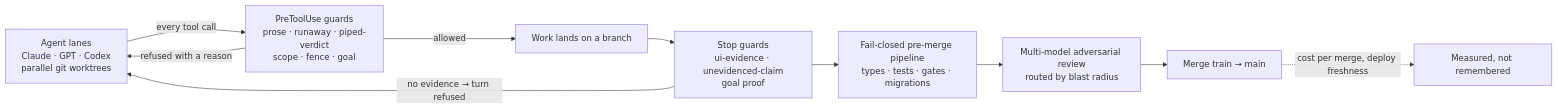
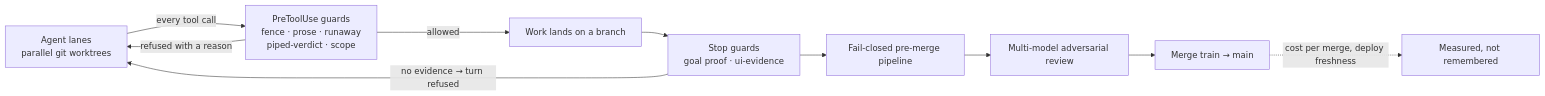
Before and after one commit to bram-wq/agent-guardrails: the diagram in README.md, drawn with Mermaid. The commit also changed other lines of this file and 38 other files, not shown here.

First line of the commit message:
v0.2.0: fence-guard, CLI uninstall/try/new, every hook hardened against the adversarial probe

````diff
--- a/README.md
+++ b/README.md
@@ -90,12 +113,12 @@
 ```mermaid
 flowchart LR
-  A[Agent lanes<br/>Claude · GPT · Codex<br/>parallel git worktrees] -->|every tool call| G[PreToolUse guards<br/>prose · runaway · piped-verdict<br/>scope · fence · goal]
+  A[Agent lanes<br/>parallel git worktrees] -->|every tool call| G[PreToolUse guards<br/>fence · prose · runaway<br/>piped-verdict · scope]
   G -->|refused with a reason| A
   G -->|allowed| W[Work lands on a branch]
-  W --> S[Stop guards<br/>ui-evidence · unevidenced-claim<br/>goal proof]
+  W --> S[Stop guards<br/>goal proof · ui-evidence]
   S -->|no evidence → turn refused| A
-  S --> P[Fail-closed pre-merge pipeline<br/>types · tests · gates · migrations]
-  P --> R[Multi-model adversarial review<br/>routed by blast radius]
+  S --> P[Fail-closed pre-merge pipeline]
+  P --> R[Multi-model adversarial review]
   R --> M[Merge train → main]
   M -.->|cost per merge, deploy freshness| O[Measured, not remembered]
 ```
````
